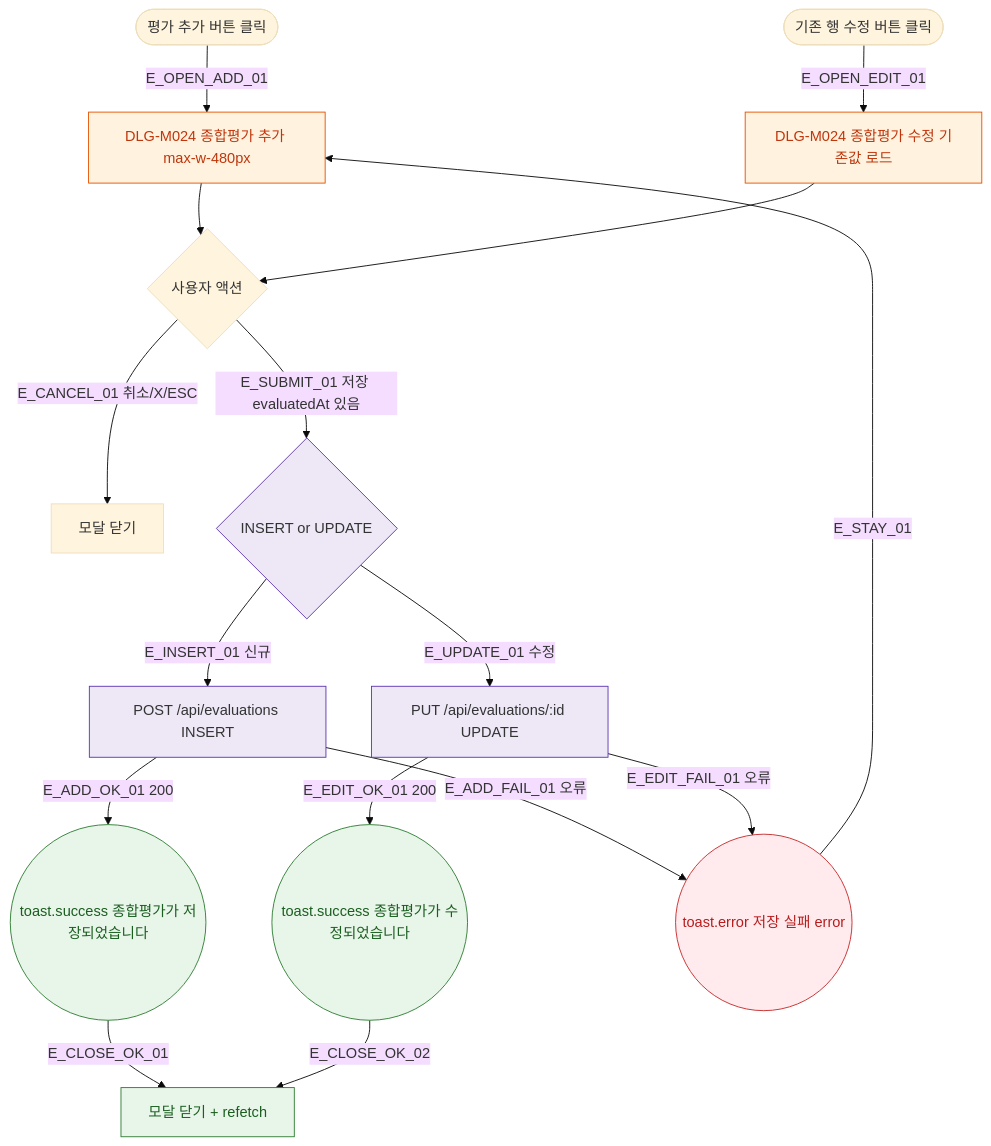
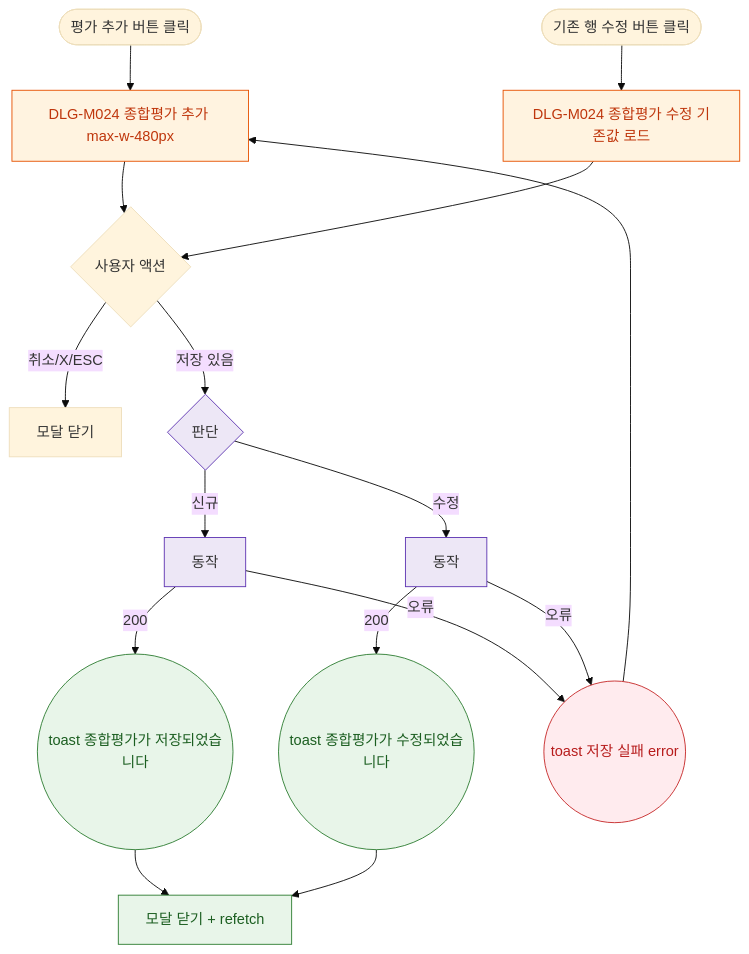
The diagram in docs/다이어그램/D02_회원관리/DLG/DLG-M024_종합평가등록/M1_생명주기.md (dev-spogym/admin-pando), drawn with Mermaid (base theme) before and after one commit. The commit also changed other lines of this file and 1660 other files, not shown here.

First line of the commit message:
다이어그램: 기획자/클라이언트 납품본으로 정리

````diff
--- a/docs/다이어그램/D02_회원관리/DLG/DLG-M024_종합평가등록/M1_생명주기.md
+++ b/docs/다이어그램/D02_회원관리/DLG/DLG-M024_종합평가등록/M1_생명주기.md
@@ -23,37 +21,37 @@
 ```mermaid
 flowchart TD
   TRIGGER_ADD([평가 추가 버튼 클릭])
   TRIGGER_EDIT([기존 행 수정 버튼 클릭])
 
-  TRIGGER_ADD  -->|E_OPEN_ADD_01| DLG_ADD[DLG-M024 종합평가 추가 max-w-480px]
-  TRIGGER_EDIT -->|E_OPEN_EDIT_01| DLG_EDIT[DLG-M024 종합평가 수정 기존값 로드]
+  TRIGGER_ADD --> DLG_ADD[DLG-M024 종합평가 추가 max-w-480px]
+  TRIGGER_EDIT --> DLG_EDIT[DLG-M024 종합평가 수정 기존값 로드]
 
-  DLG_ADD  --> USER_ACT{사용자 액션}
+  DLG_ADD --> USER_ACT{사용자 액션}
   DLG_EDIT --> USER_ACT
 
-  USER_ACT -->|E_CANCEL_01 취소/X/ESC| CLOSE[모달 닫기]
-  USER_ACT -->|E_SUBMIT_01 저장 evaluatedAt 있음| API_CALL{INSERT or UPDATE}
+  USER_ACT -->|취소/X/ESC|CLOSE[모달 닫기]
+  USER_ACT -->|저장 있음|API_CALL{판단}
 
-  API_CALL -->|E_INSERT_01 신규| API_INSERT[POST /api/evaluations INSERT]
-  API_CALL -->|E_UPDATE_01 수정| API_UPDATE[PUT /api/evaluations/:id UPDATE]
+  API_CALL -->|신규|API_INSERT[동작]
+  API_CALL -->|수정|API_UPDATE[동작]
 
-  API_INSERT -->|E_ADD_OK_01 200| TOAST_ADD_OK((toast.success 종합평가가 저장되었습니다))
-  API_UPDATE -->|E_EDIT_OK_01 200| TOAST_EDIT_OK((toast.success 종합평가가 수정되었습니다))
+  API_INSERT -->|200|TOAST_ADD_OK((toast 종합평가가 저장되었습니다))
+  API_UPDATE -->|200|TOAST_EDIT_OK((toast 종합평가가 수정되었습니다))
 
-  TOAST_ADD_OK  -->|E_CLOSE_OK_01| POST_OK[모달 닫기 + refetch]
-  TOAST_EDIT_OK -->|E_CLOSE_OK_02| POST_OK
+  TOAST_ADD_OK --> POST_OK[모달 닫기 + refetch]
+  TOAST_EDIT_OK --> POST_OK
 
-  API_INSERT -->|E_ADD_FAIL_01 오류| TOAST_ERR((toast.error 저장 실패 error))
-  API_UPDATE -->|E_EDIT_FAIL_01 오류| TOAST_ERR
-  TOAST_ERR  -->|E_STAY_01| DLG_ADD
+  API_INSERT -->|오류|TOAST_ERR((toast 저장 실패 error))
+  API_UPDATE -->|오류|TOAST_ERR
+  TOAST_ERR --> DLG_ADD
 
-  classDef modal   fill:#FFF3E0,stroke:#E65100,color:#BF360C
+  classDef modal fill:#FFF3E0,stroke:#E65100,color:#BF360C
   classDef success fill:#E8F5E9,stroke:#2E7D32,color:#1B5E20
-  classDef error   fill:#FFEBEE,stroke:#C62828,color:#B71C1C
-  classDef system  fill:#EDE7F6,stroke:#5E35B2
+  classDef error fill:#FFEBEE,stroke:#C62828,color:#B71C1C
+  classDef system fill:#EDE7F6,stroke:#5E35B2
 
   class DLG_ADD,DLG_EDIT modal
   class TOAST_ADD_OK,TOAST_EDIT_OK,POST_OK success
   class TOAST_ERR error
   class API_CALL,API_INSERT,API_UPDATE system
 ```
````
